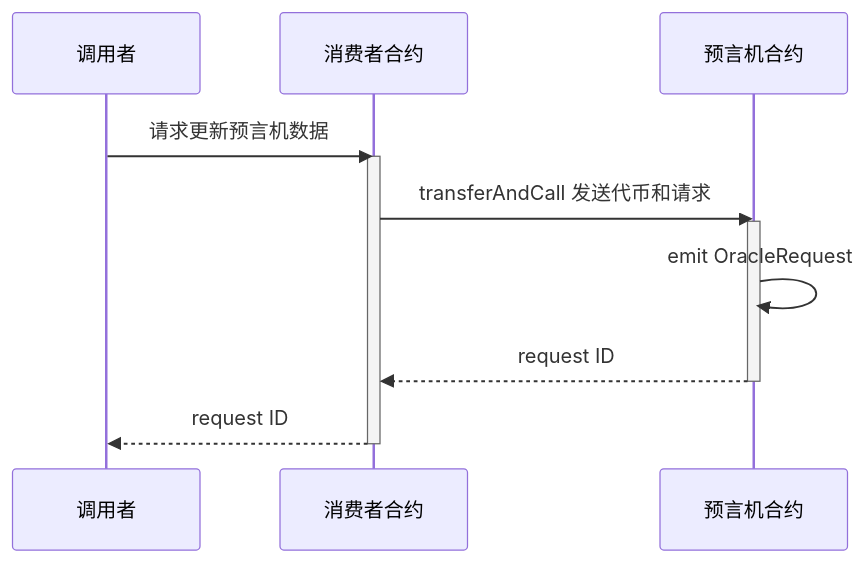
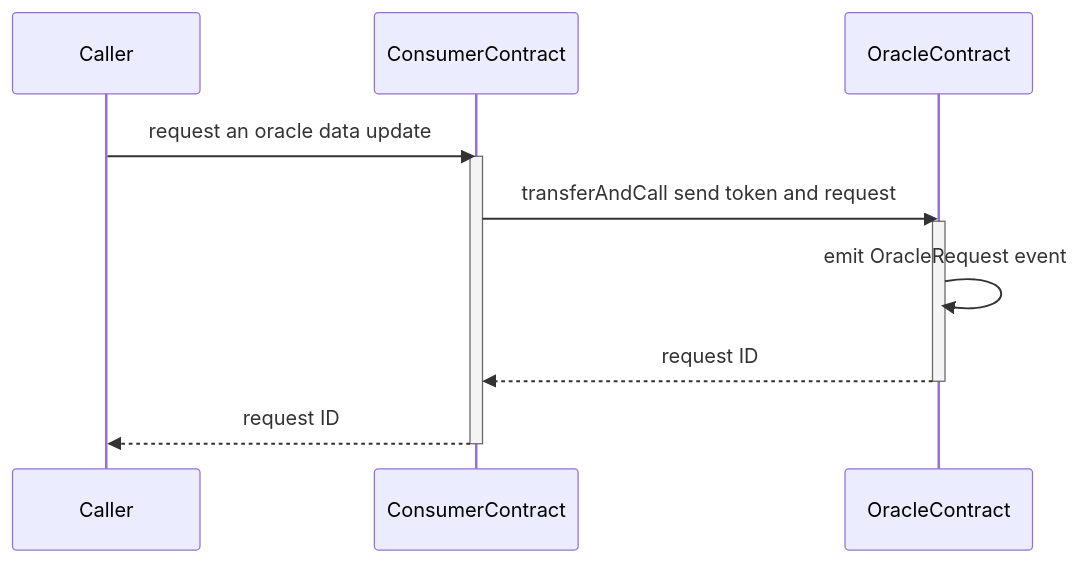
The second of 3 diagrams in docs/architecture.md (wink-link/winklink-doc), drawn with Mermaid before and after one commit. The commit also changed other lines of this file and 21 other files, not shown here.

````diff
--- a/docs/architecture.md
+++ b/docs/architecture.md
@@ -39,12 +37,12 @@
 ```mermaid
 sequenceDiagram
-    调用者->>消费者合约: 请求更新预言机数据
-    activate 消费者合约
-    消费者合约->>预言机合约: transferAndCall 发送代币和请求
-    activate 预言机合约
-    预言机合约->>预言机合约: emit OracleRequest
-    预言机合约-->>消费者合约: request ID
-    deactivate 预言机合约
-    消费者合约-->>调用者: request ID
-    deactivate 消费者合约
+    Caller->>ConsumerContract: request an oracle data update
+    activate ConsumerContract
+    ConsumerContract->>OracleContract: transferAndCall send token and request
+    activate OracleContract
+    OracleContract->>OracleContract: emit OracleRequest event
+    OracleContract-->>ConsumerContract: request ID
+    deactivate OracleContract
+    ConsumerContract-->>Caller: request ID
+    deactivate ConsumerContract
 ```
````
